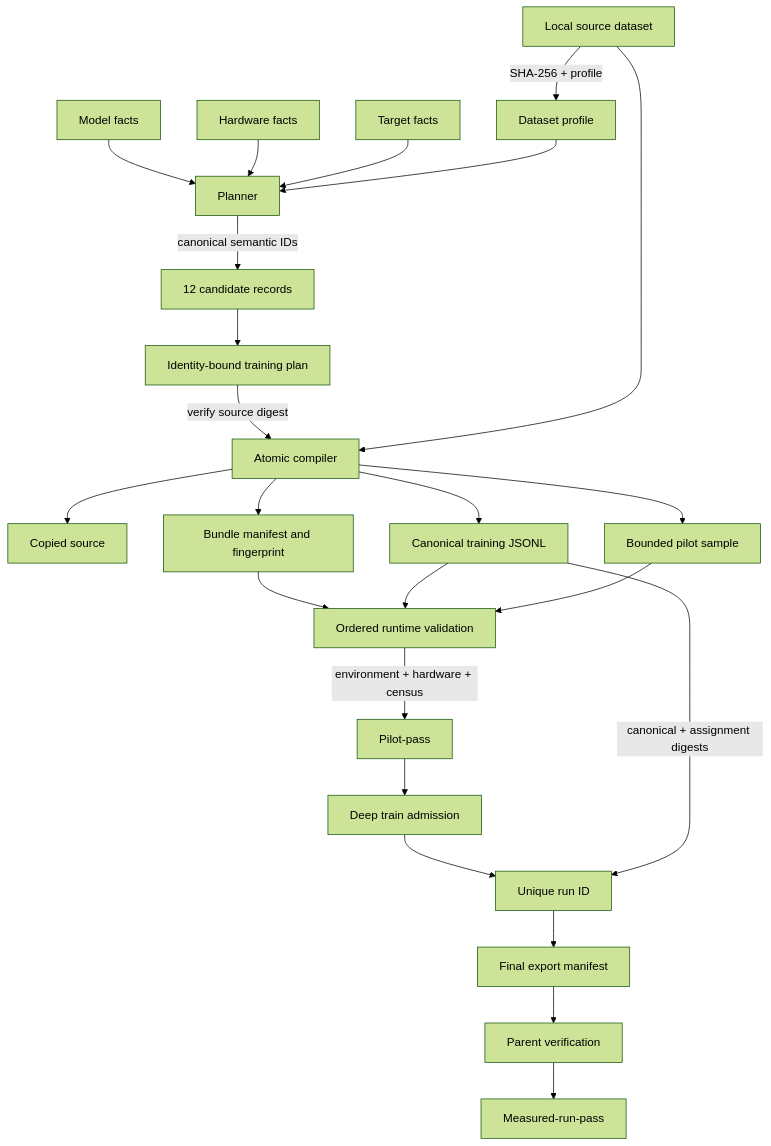
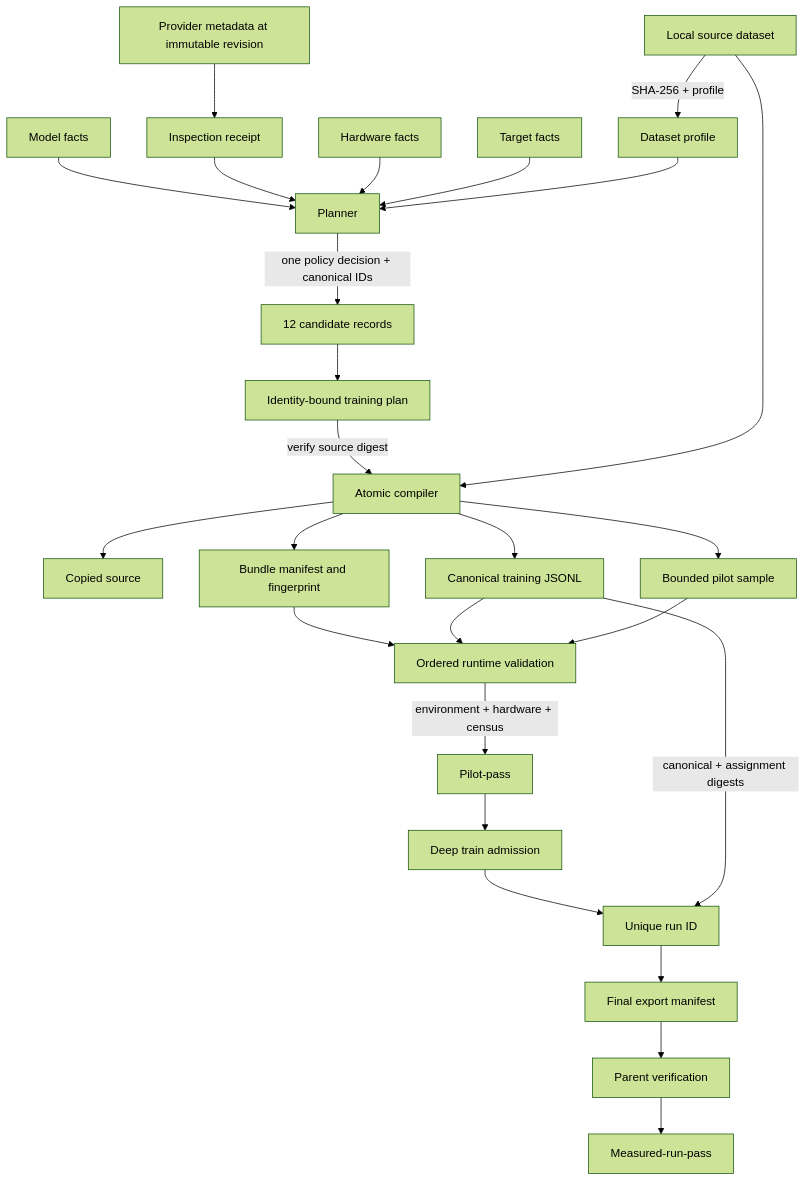
Before and after one commit to ogprotege/Aptus: the diagram in docs/architecture/data-and-identity-flow.md, drawn with Mermaid (forest theme). The commit also changed other lines of this file and 58 other files, not shown here.

````diff
--- a/docs/architecture/data-and-identity-flow.md
+++ b/docs/architecture/data-and-identity-flow.md
@@ -12,26 +12,28 @@
 ```mermaid
 flowchart TD
   S["Local source dataset"] -->|"SHA-256 + profile"| DP["Dataset profile"]
+  PM["Provider metadata at immutable revision"] --> IR["Inspection receipt"]
   MF["Model facts"] --> P["Planner"]
+  IR --> P
   HF["Hardware facts"] --> P
   TF["Target facts"] --> P
   DP --> P
-  P -->|"canonical semantic IDs"| C["12 candidate records"]
+  P -->|"one policy decision + canonical IDs"| C["12 candidate records"]
   C --> TP["Identity-bound training plan"]
   TP -->|"verify source digest"| AC["Atomic compiler"]
   S --> AC
   AC --> DS["Copied source"]
   AC --> CJ["Canonical training JSONL"]
   AC --> PS["Bounded pilot sample"]
   AC --> BM["Bundle manifest and fingerprint"]
   BM --> V["Ordered runtime validation"]
   CJ --> V
   PS --> V
   V -->|"environment + hardware + census"| PP["Pilot-pass"]
   PP --> TA["Deep train admission"]
   TA --> R["Unique run ID"]
   CJ -->|"canonical + assignment digests"| R
   R --> FE["Final export manifest"]
   FE --> PV["Parent verification"]
   PV --> MR["Measured-run-pass"]
 ```
````
